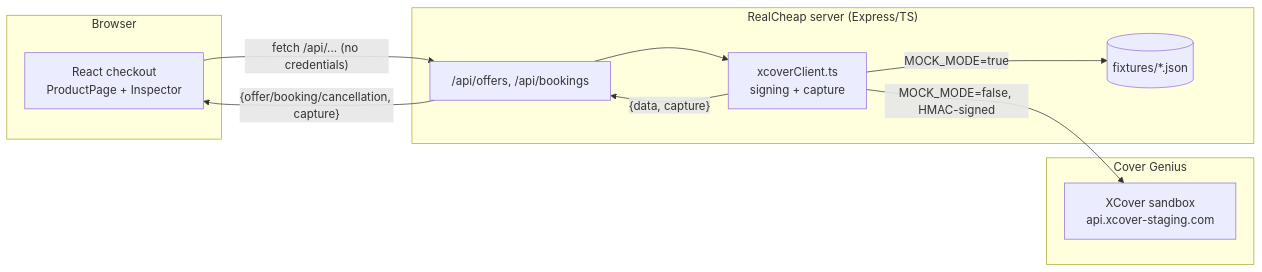
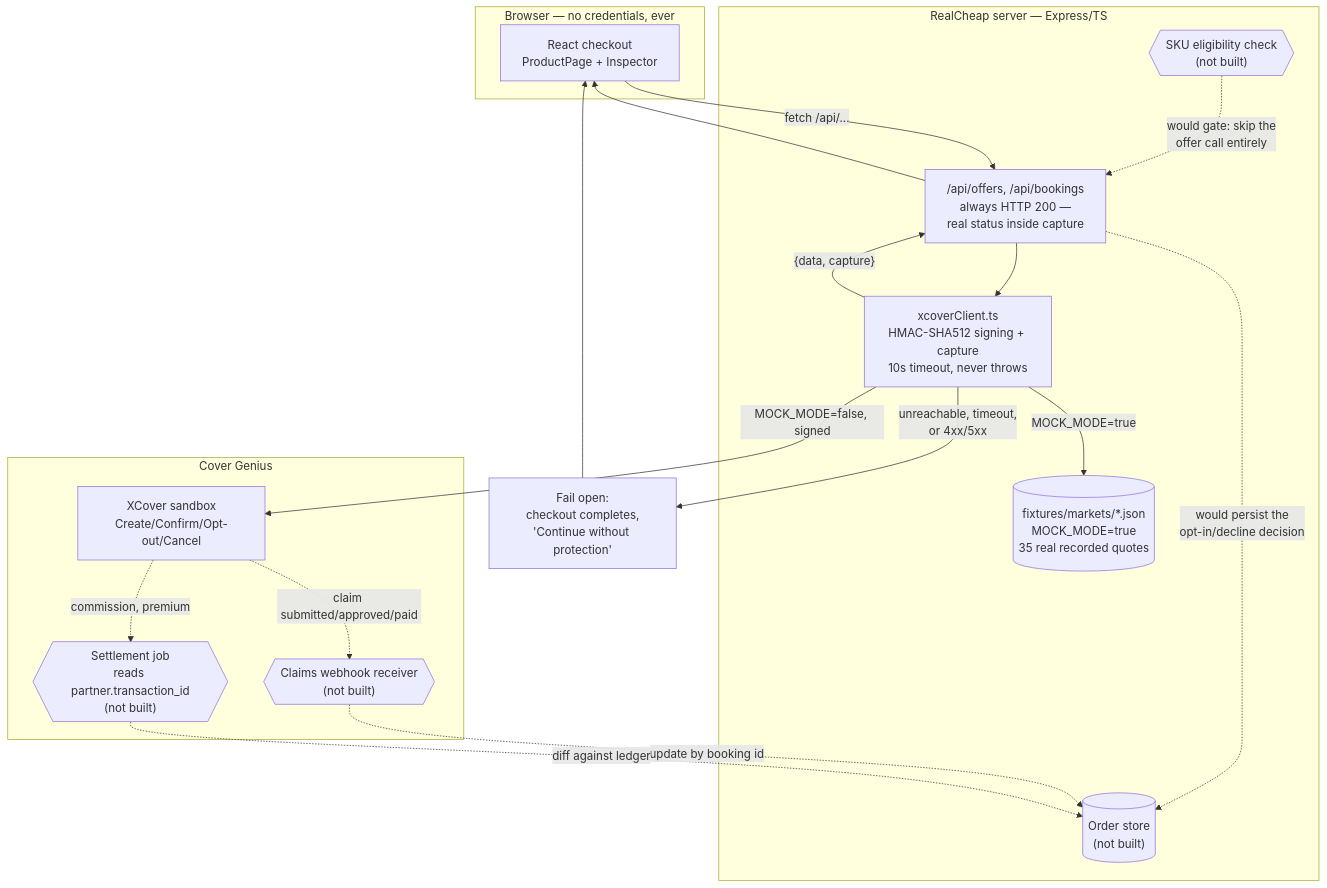
Before and after one commit to highbrowse-co/realcheap: the diagram in docs/ARCHITECTURE.md, drawn with Mermaid. The commit also changed other lines of this file and 4 other files, not shown here.

First line of the commit message:
Phase 6: submission package -- ARCHITECTURE rewrite, DEMO-SCRIPT, PANEL-QA

````diff
--- a/docs/ARCHITECTURE.md
+++ b/docs/ARCHITECTURE.md
@@ -20,21 +24,38 @@
 ```mermaid
-flowchart LR
-    subgraph Browser
-        UI[React checkout<br/>ProductPage + Inspector]
-    end
-    subgraph "RealCheap server (Express/TS)"
-        Routes["/api/offers, /api/bookings"]
-        Client[xcoverClient.ts<br/>signing + capture]
-        Fixtures[(fixtures/*.json)]
-    end
-    subgraph "Cover Genius"
-        XCover[XCover sandbox<br/>api.xcover-staging.com]
+flowchart TB
+    subgraph Browser["Browser — no credentials, ever"]
+        UI["React checkout<br/>ProductPage + Inspector"]
     end
 
-    UI -- "fetch /api/... (no credentials)" --> Routes
+    subgraph Server["RealCheap server — Express/TS"]
+        Elig{{"SKU eligibility check<br/>(not built)"}}
+        Routes["/api/offers, /api/bookings<br/>always HTTP 200 —<br/>real status inside capture"]
+        Client["xcoverClient.ts<br/>HMAC-SHA512 signing + capture<br/>10s timeout, never throws"]
+        Fixtures[("fixtures/markets/*.json<br/>MOCK_MODE=true<br/>35 real recorded quotes")]
+        Orders[("Order store<br/>(not built)")]
+    end
+
+    subgraph XCoverSide["Cover Genius"]
+        XCover["XCover sandbox<br/>Create/Confirm/Opt-out/Cancel"]
+        Webhook{{"Claims webhook receiver<br/>(not built)"}}
+        Settle{{"Settlement job<br/>reads partner.transaction_id<br/>(not built)"}}
+    end
+
+    Elig -. "would gate: skip the<br/>offer call entirely" .-> Routes
+    UI -- "fetch /api/..." --> Routes
     Routes --> Client
     Client -- "MOCK_MODE=true" --> Fixtures
-    Client -- "MOCK_MODE=false, HMAC-signed" --> XCover
+    Client -- "MOCK_MODE=false, signed" --> XCover
     Client -- "{data, capture}" --> Routes
-    Routes -- "{offer/booking/cancellation, capture}" --> UI
+    Routes --> UI
+    Routes -. "would persist the<br/>opt-in/decline decision" .-> Orders
+
+    XCover -. "claim submitted/approved/paid" .-> Webhook
+    Webhook -. "update by booking id" .-> Orders
+
+    XCover -. "commission, premium" .-> Settle
+    Settle -. "diff against ledger" .-> Orders
+
+    Client -- "unreachable, timeout,<br/>or 4xx/5xx" --> FailOpen["Fail open:<br/>checkout completes,<br/>'Continue without protection'"]
+    FailOpen --> UI
 ```
````
